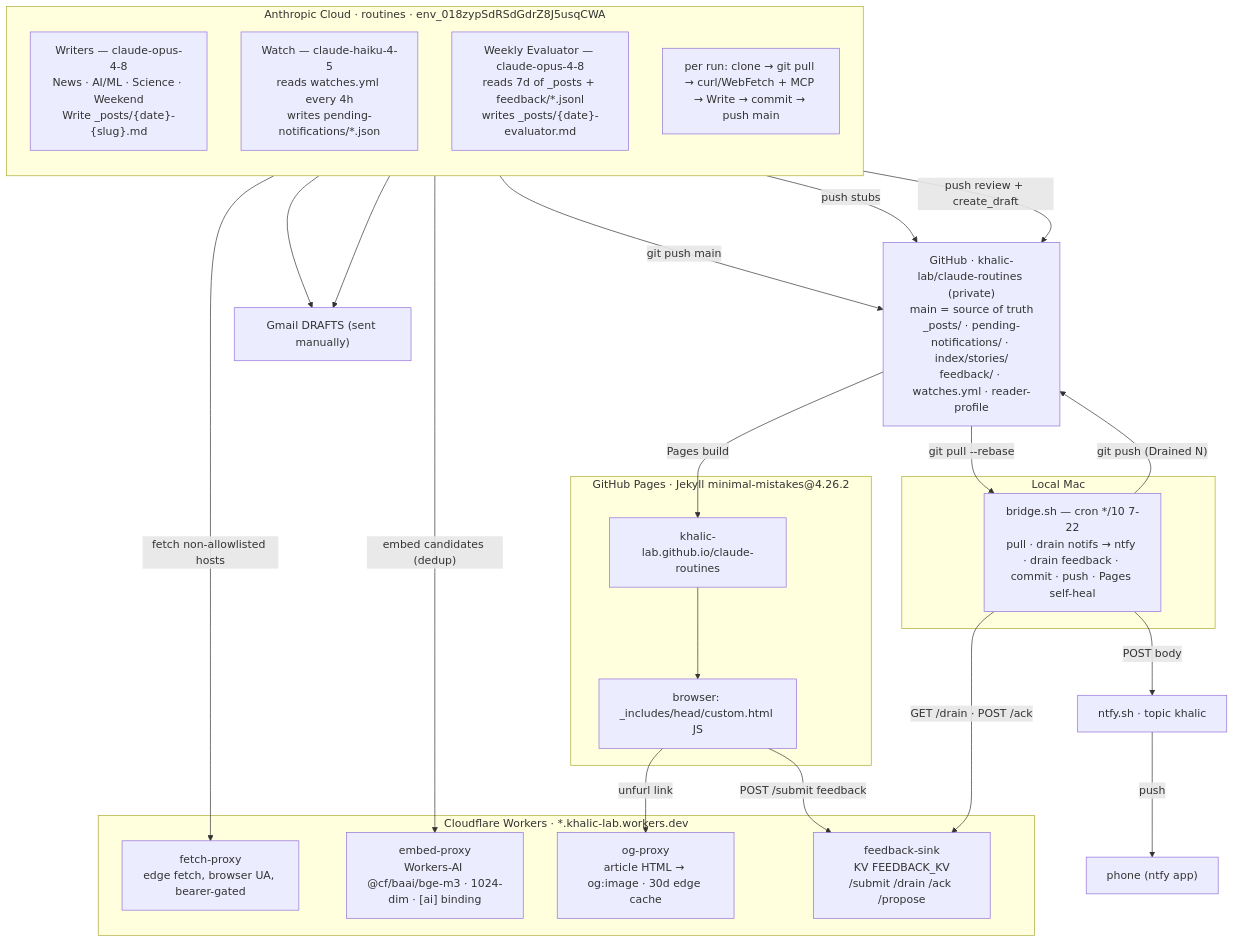
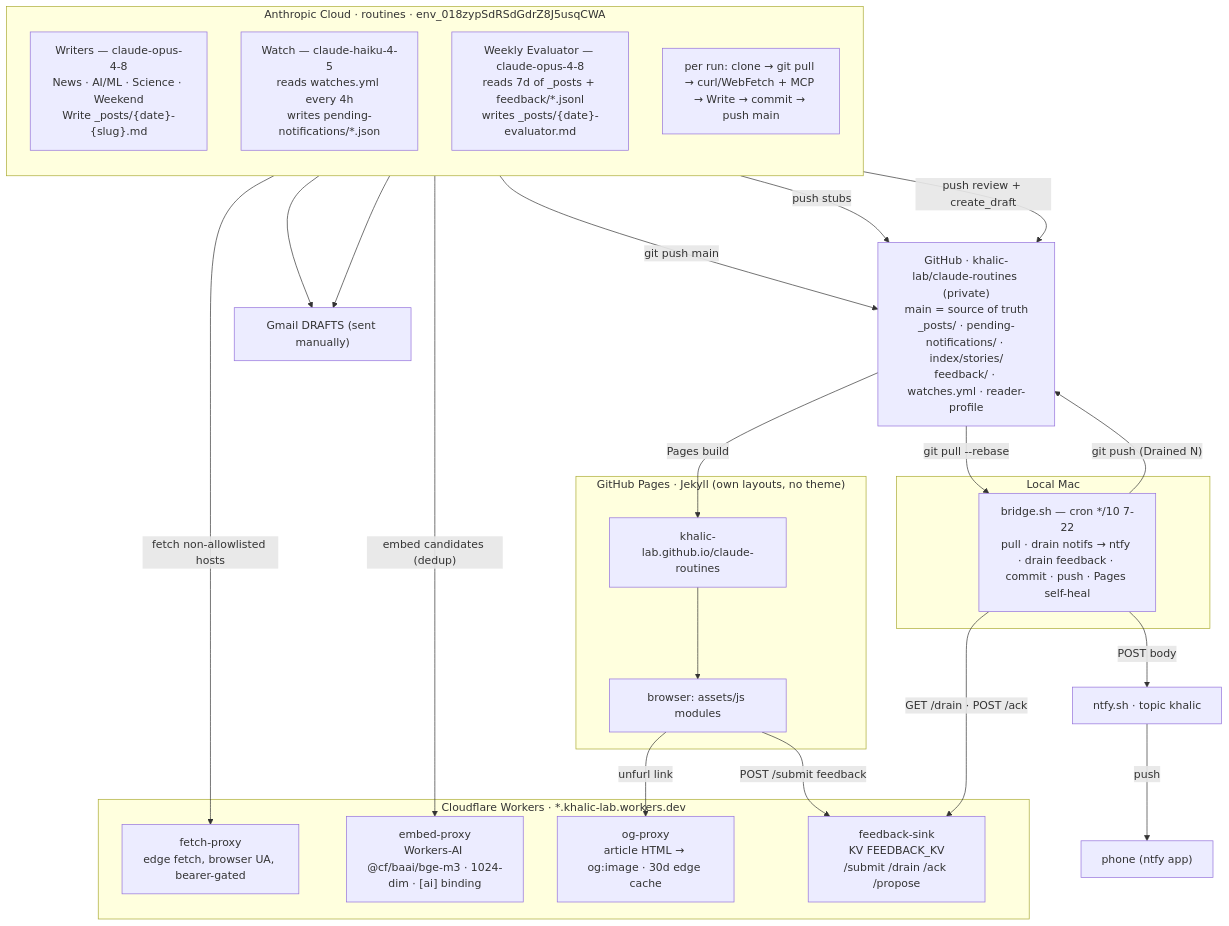
One commit to khalic-lab/claude-routines changed the diagram in diagrams/01-system-overview.md. Above: the diagram before and after it, drawn with Mermaid. The commit also changed other lines of this file and 8 other files, not shown here.

````diff
--- a/diagrams/01-system-overview.md
+++ b/diagrams/01-system-overview.md
@@ -7,51 +7,51 @@
 ```mermaid
 flowchart TB
   subgraph cloud["Anthropic Cloud · routines · env_018zypSdRSdGdrZ8J5usqCWA"]
     direction TB
     W["Writers — claude-opus-4-8<br/>News · AI/ML · Science · Weekend<br/>Write _posts/{date}-{slug}.md"]
     WA["Watch — claude-haiku-4-5<br/>reads watches.yml every 4h<br/>writes pending-notifications/*.json"]
     EV["Weekly Evaluator — claude-opus-4-8<br/>reads 7d of _posts + feedback/*.jsonl<br/>writes _posts/{date}-evaluator.md"]
     step["per run: clone → git pull → curl/WebFetch + MCP → Write → commit → push main"]
   end
 
   subgraph cf["Cloudflare Workers · *.khalic-lab.workers.dev"]
     FP["fetch-proxy<br/>edge fetch, browser UA, bearer-gated"]
     EP["embed-proxy<br/>Workers-AI @cf/baai/bge-m3 · 1024-dim · [ai] binding"]
     OG["og-proxy<br/>article HTML → og:image · 30d edge cache"]
     FS["feedback-sink<br/>KV FEEDBACK_KV<br/>/submit /drain /ack /propose"]
   end
 
   GH["GitHub · khalic-lab/claude-routines (private)<br/>main = source of truth<br/>_posts/ · pending-notifications/ · index/stories/<br/>feedback/ · watches.yml · reader-profile"]
 
-  subgraph pages["GitHub Pages · Jekyll minimal-mistakes@4.26.2"]
+  subgraph pages["GitHub Pages · Jekyll (own layouts, no theme)"]
     SITE["khalic-lab.github.io/claude-routines"]
-    JS["browser: _includes/head/custom.html JS"]
+    JS["browser: assets/js modules"]
   end
 
   subgraph mac["Local Mac"]
     BR["bridge.sh — cron */10 7-22<br/>pull · drain notifs → ntfy · drain feedback · commit · push · Pages self-heal"]
   end
 
   NTFY["ntfy.sh · topic khalic"]
   PHONE["phone (ntfy app)"]
   GM["Gmail DRAFTS (sent manually)"]
 
   W -->|"fetch non-allowlisted hosts"| FP
   W -->|"embed candidates (dedup)"| EP
   W -->|"git push main"| GH
   WA -->|"push stubs"| GH
   EV -->|"push review + create_draft"| GH
   EV --> GM
   W --> GM
 
   GH -->|"Pages build"| SITE
   SITE --> JS
   JS -->|"unfurl link"| OG
   JS -->|"POST /submit feedback"| FS
 
   GH -->|"git pull --rebase"| BR
   BR -->|"git push (Drained N)"| GH
   BR -->|"POST body"| NTFY
   NTFY -->|"push"| PHONE
   BR -->|"GET /drain · POST /ack"| FS
 ```
````
